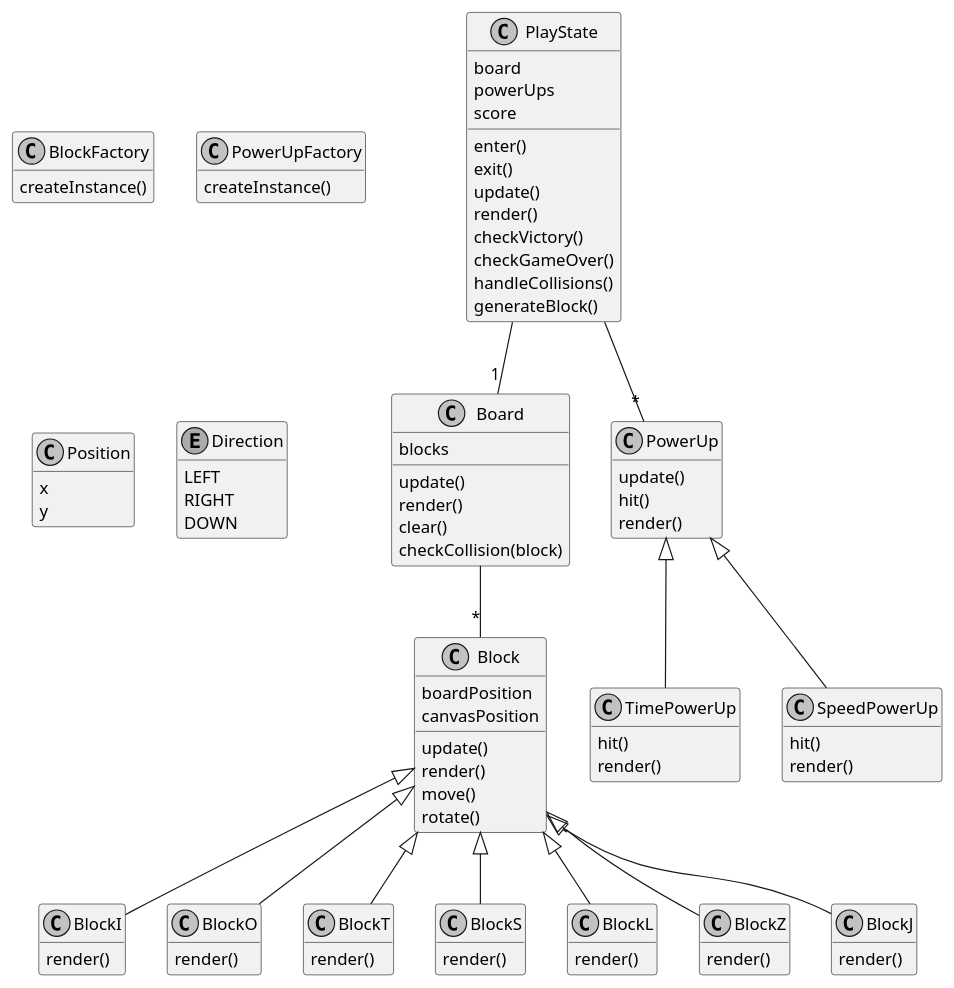
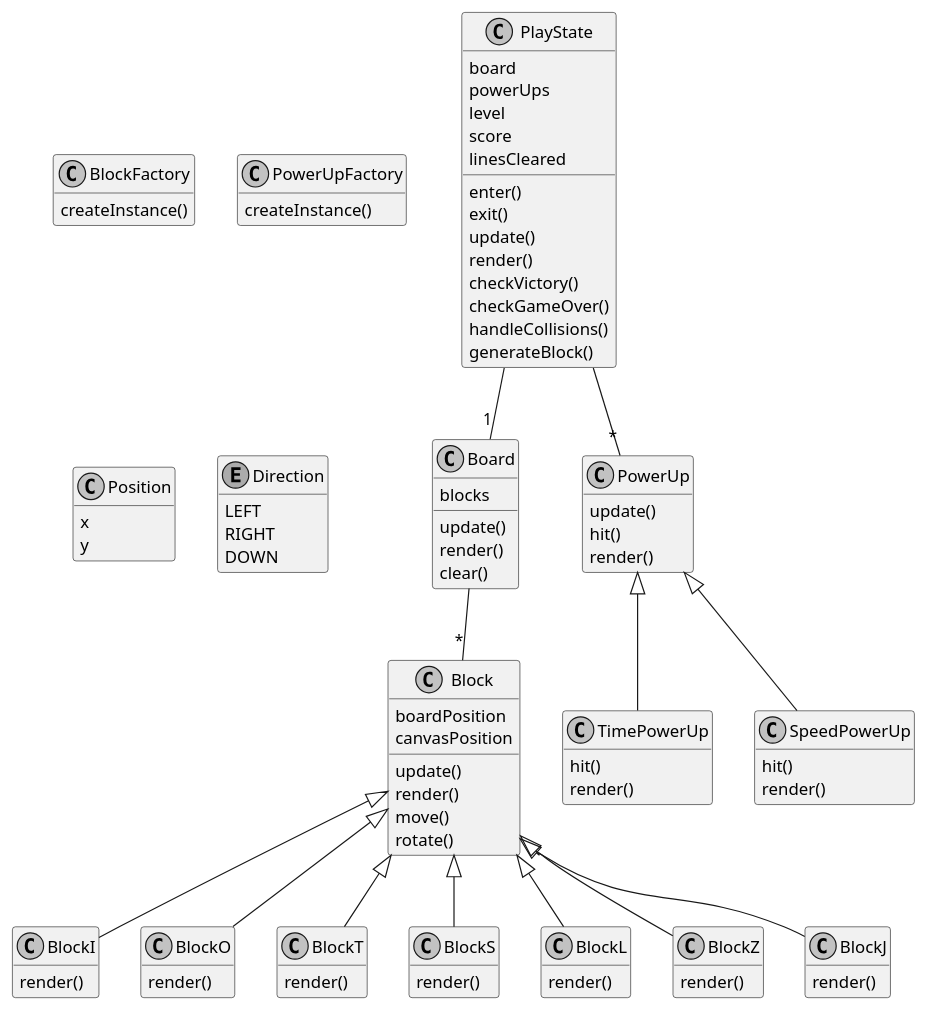
The diagram in assets/proposal/ClassDiagram.puml (terror/tetris), drawn with PlantUML before and after one commit. The commit also changed 1 other file, not shown here.

Commit message:
Small modifications to class diagram

```diff
--- a/assets/proposal/ClassDiagram.puml
+++ b/assets/proposal/ClassDiagram.puml
@@ -1,115 +1,116 @@
 @startuml Tetris
 
 skinparam monochrome true
 hide empty members
 
 class PlayState {
   board
   powerUps
+  level
   score
+  linesCleared
   enter()
   exit()
   update()
   render()
   checkVictory()
   checkGameOver()
   handleCollisions()
   generateBlock()
 }
 
 class Board {
   blocks
   update()
   render()
   clear()
-  checkCollision(block)
 }
 
 class Block {
   boardPosition
   canvasPosition
   update()
   render()
   move()
   rotate()
 }
 
 class BlockI {
   render()
 }
 
 class BlockO {
   render()
 }
 
 class BlockT {
   render()
 }
 
 class BlockS {
   render()
 }
 
 class BlockL {
   render()
 }
 
 class BlockZ {
   render()
 }
 
 class BlockJ {
   render()
 }
 
 class PowerUp {
   update()
   hit()
   render()
 }
 
 class TimePowerUp {
   hit()
   render()
 }
 
 class SpeedPowerUp {
   hit()
   render()
 }
 
 class BlockFactory {
   createInstance()
 }
 
 class PowerUpFactory {
   createInstance()
 }
 
 class Position {
   x
   y
 }
 
 enum Direction {
   LEFT
   RIGHT
   DOWN
 }
 
 PlayState -- "1" Board
 PlayState -- "*" PowerUp
 Board     -- "*" Block
 
 PowerUp <|-- TimePowerUp
 PowerUp <|-- SpeedPowerUp
 
 Block <|-- BlockI
 Block <|-- BlockO
 Block <|-- BlockT
 Block <|-- BlockS
 Block <|-- BlockL
 Block <|-- BlockZ
 Block <|-- BlockJ
 
 @enduml
```
